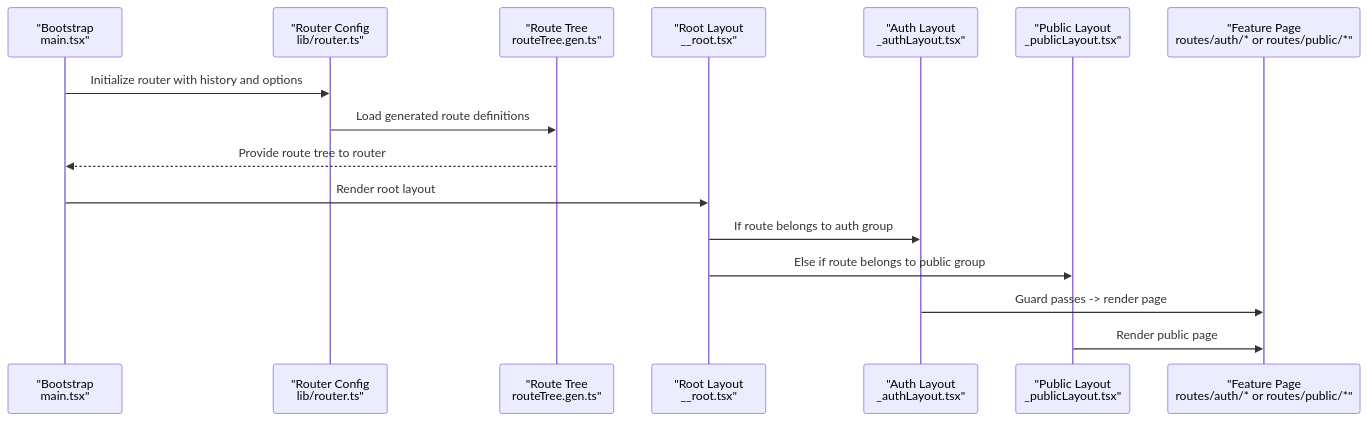
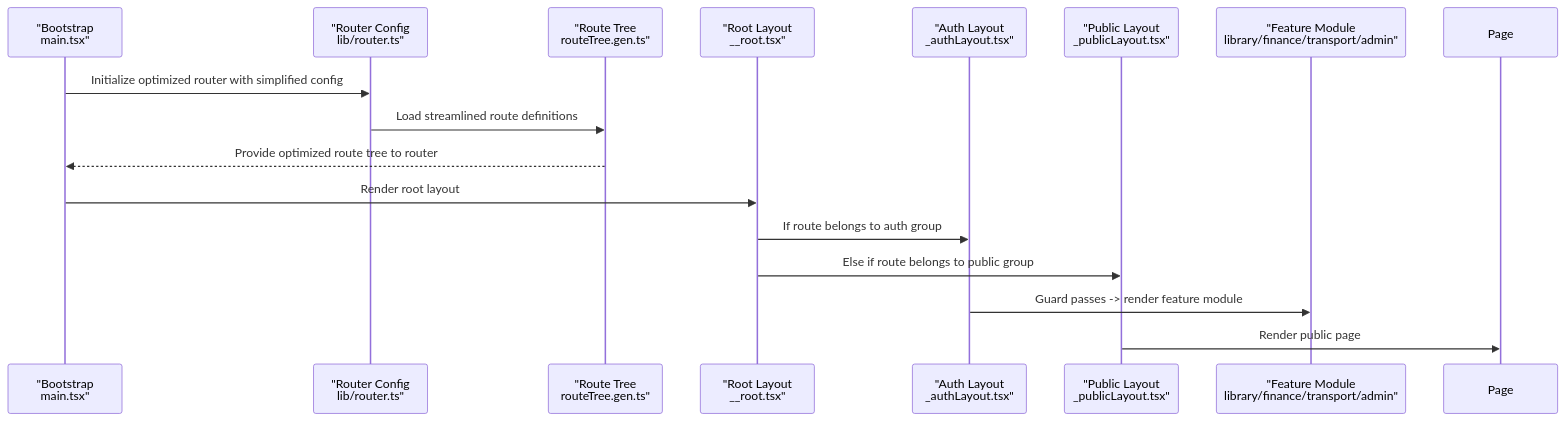
One commit to franckylab/eLISAschool changed the second of 4 diagrams in .qoder/repowiki/en/content/System Architecture/Frontend Architecture/Routing & Navigation.md. Above: the diagram before and after it, drawn with Mermaid. The commit also changed other lines of this file and 97 other files, not shown here.

````diff
--- a/.qoder/repowiki/en/content/System Architecture/Frontend Architecture/Routing & Navigation.md
+++ b/.qoder/repowiki/en/content/System Architecture/Frontend Architecture/Routing & Navigation.md
@@ -96,18 +109,18 @@
 ```mermaid
 sequenceDiagram
 participant Boot as "Bootstrap<br/>main.tsx"
 participant Router as "Router Config<br/>lib/router.ts"
 participant Tree as "Route Tree<br/>routeTree.gen.ts"
 participant Root as "Root Layout<br/>__root.tsx"
 participant Auth as "Auth Layout<br/>_authLayout.tsx"
 participant Pub as "Public Layout<br/>_publicLayout.tsx"
-participant Page as "Feature Page<br/>routes/auth/* or routes/public/*"
-Boot->>Router : Initialize router with history and options
-Router->>Tree : Load generated route definitions
-Tree-->>Boot : Provide route tree to router
+participant Module as "Feature Module<br/>library/finance/transport/admin"
+Boot->>Router : Initialize optimized router with simplified config
+Router->>Tree : Load streamlined route definitions
+Tree-->>Boot : Provide optimized route tree to router
 Boot->>Root : Render root layout
 Root->>Auth : If route belongs to auth group
 Root->>Pub : Else if route belongs to public group
-Auth->>Page : Guard passes -> render page
+Auth->>Module : Guard passes -> render feature module
 Pub->>Page : Render public page
 ```
````
